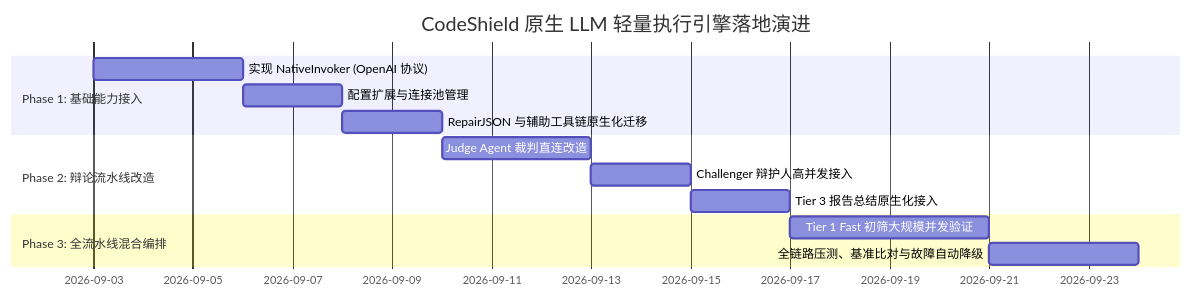
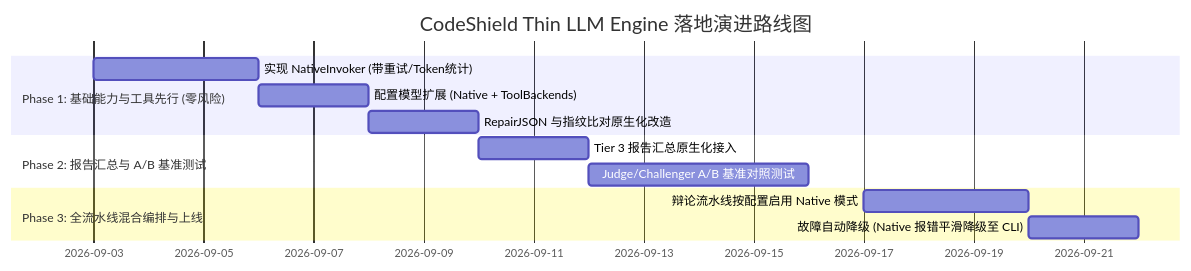
One commit to fugui/code-shield changed the fifth of 5 diagrams in docs/native-llm-architecture/01-CodeShield-原生LLM轻量执行引擎与混合调用架构设计.md. Above: the diagram before and after it, drawn with Mermaid. The commit also changed other lines of this file and 1 other file, not shown here.

````diff
--- a/docs/native-llm-architecture/01-CodeShield-原生LLM轻量执行引擎与混合调用架构设计.md
+++ b/docs/native-llm-architecture/01-CodeShield-原生LLM轻量执行引擎与混合调用架构设计.md
@@ -381,16 +540,15 @@
 ```mermaid
 gantt
-    title CodeShield 原生 LLM 轻量执行引擎落地演进
+    title CodeShield Thin LLM Engine 落地演进路线图
     dateFormat  YYYY-MM-DD
-    section Phase 1: 基础能力接入
-    实现 NativeInvoker (OpenAI 协议)       :p1_1, 2026-09-03, 3d
-    配置扩展与连接池管理                   :p1_2, after p1_1, 2d
-    RepairJSON 与辅助工具链原生化迁移      :p1_3, after p1_2, 2d
-    section Phase 2: 辩论流水线改造
-    Judge Agent 裁判直连改造              :p2_1, 2026-09-10, 3d
-    Challenger 辩护人高并发接入            :p2_2, after p2_1, 2d
-    Tier 3 报告总结原生化接入              :p2_3, after p2_2, 2d
-    section Phase 3: 全流水线混合编排
-    Tier 1 Fast 初筛大规模并发验证         :p3_1, 2026-09-17, 4d
-    全链路压测、基准比对与故障自动降级       :p3_2, after p3_1, 3d
+    section Phase 1: 基础能力与工具先行 (零风险)
+    实现 NativeInvoker (带重试/Token统计)   :p1_1, 2026-09-03, 3d
+    配置模型扩展 (Native + ToolBackends)   :p1_2, after p1_1, 2d
+    RepairJSON 与指纹比对原生化改造        :p1_3, after p1_2, 2d
+    section Phase 2: 报告汇总与 A/B 基准测试
+    Tier 3 报告汇总原生化接入              :p2_1, 2026-09-10, 2d
+    Judge/Challenger A/B 基准对照测试      :p2_2, after p2_1, 4d
+    section Phase 3: 全流水线混合编排与上线
+    辩论流水线按配置启用 Native 模式       :p3_1, 2026-09-17, 3d
+    故障自动降级 (Native 报错平滑降级至 CLI):p3_2, after p3_1, 2d
 ```
````
